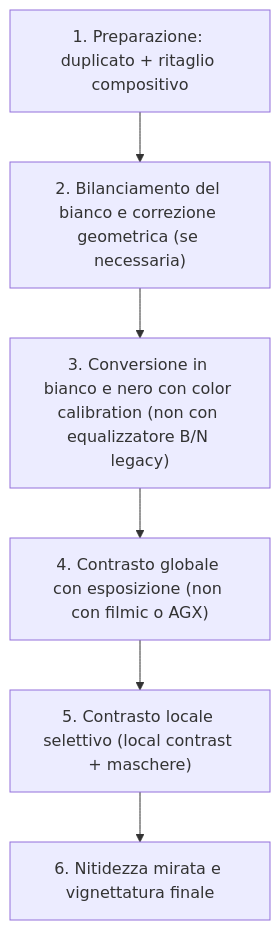
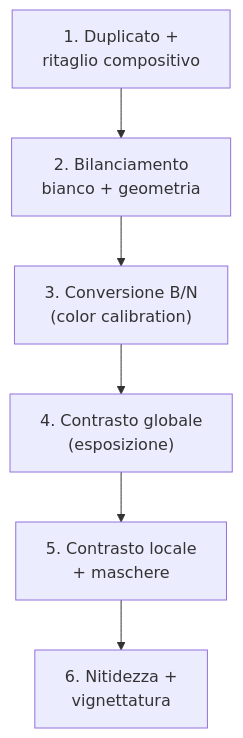
The diagram in docs/workshop/street.md (lorenzoperone/darktable-docs), drawn with Mermaid before and after one commit. The commit also changed 40 other files, not shown here.

First line of the commit message:
fix: reformatta diagrammi Mermaid — etichette brevi, break line, italiano

````diff
--- a/docs/workshop/street.md
+++ b/docs/workshop/street.md
@@ -17,4 +17,4 @@
 ```mermaid
 flowchart TD
-    A["1. Preparazione: duplicato + ritaglio compositivo"] --> B["2. Bilanciamento del bianco e correzione geometrica (se necessaria)"] --> C["3. Conversione in bianco e nero con color calibration (non con equalizzatore B/N legacy)"] --> D["4. Contrasto globale con esposizione (non con filmic o AGX)"] --> E["5. Contrasto locale selettivo (local contrast + maschere)"] --> F["6. Nitidezza mirata e vignettatura finale"]
+    A["1. Duplicato +<br/>ritaglio compositivo"] --> B["2. Bilanciamento<br/>bianco + geometria"] --> C["3. Conversione B/N<br/>(color calibration)"] --> D["4. Contrasto globale<br/>(esposizione)"] --> E["5. Contrasto locale<br/>+ maschere"] --> F["6. Nitidezza +<br/>vignettatura"]
 ```
````
